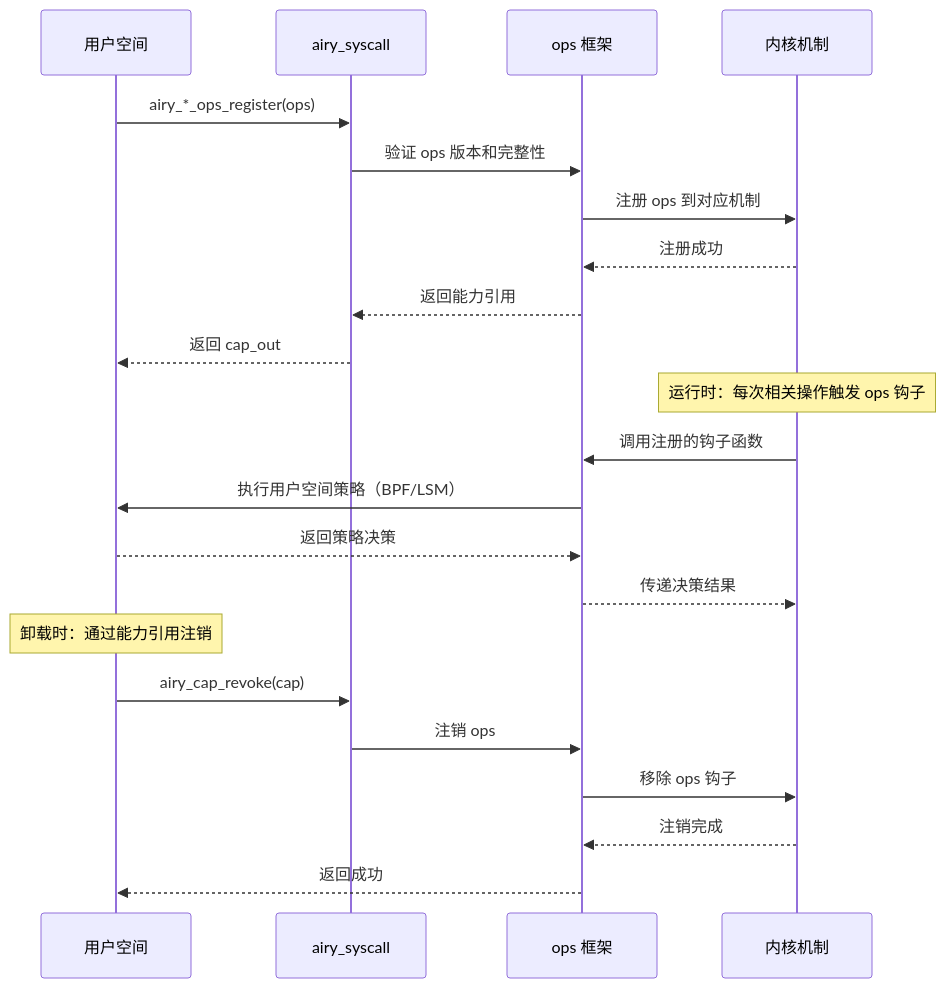
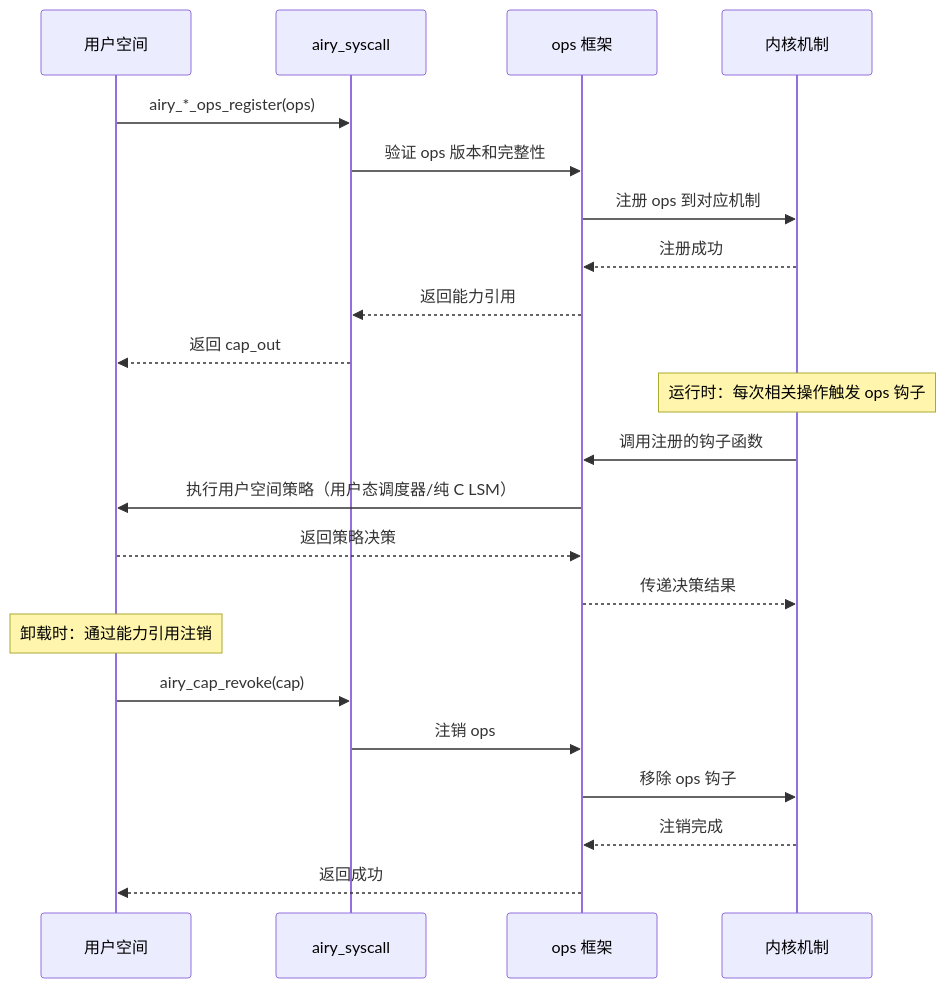
Before and after one commit to openairymax/docs: the second of 6 diagrams in AirymaxOS/50-engineering-standards/30-runtime-interfaces/runtime_interfaces.md, drawn with Mermaid. The commit also changed other lines of this file and 115 other files, not shown here.

````diff
--- a/AirymaxOS/50-engineering-standards/30-runtime-interfaces/runtime_interfaces.md
+++ b/AirymaxOS/50-engineering-standards/30-runtime-interfaces/runtime_interfaces.md
@@ -585,29 +585,29 @@
 ```mermaid
 sequenceDiagram
     participant US as 用户空间
     participant SYSCALL as airy_syscall
     participant OPS as ops 框架
     participant KERNEL as 内核机制
 
     US->>SYSCALL: airy_*_ops_register(ops)
     SYSCALL->>OPS: 验证 ops 版本和完整性
     OPS->>KERNEL: 注册 ops 到对应机制
     KERNEL-->>OPS: 注册成功
     OPS-->>SYSCALL: 返回能力引用
     SYSCALL-->>US: 返回 cap_out
 
     Note over KERNEL: 运行时：每次相关操作触发 ops 钩子
 
     KERNEL->>OPS: 调用注册的钩子函数
-    OPS->>US: 执行用户空间策略（BPF/LSM）
+    OPS->>US: 执行用户空间策略（用户态调度器/纯 C LSM）
     US-->>OPS: 返回策略决策
     OPS-->>KERNEL: 传递决策结果
 
     Note over US: 卸载时：通过能力引用注销
 
     US->>SYSCALL: airy_cap_revoke(cap)
     SYSCALL->>OPS: 注销 ops
     OPS->>KERNEL: 移除 ops 钩子
     KERNEL-->>OPS: 注销完成
     OPS-->>US: 返回成功
 ```
````
